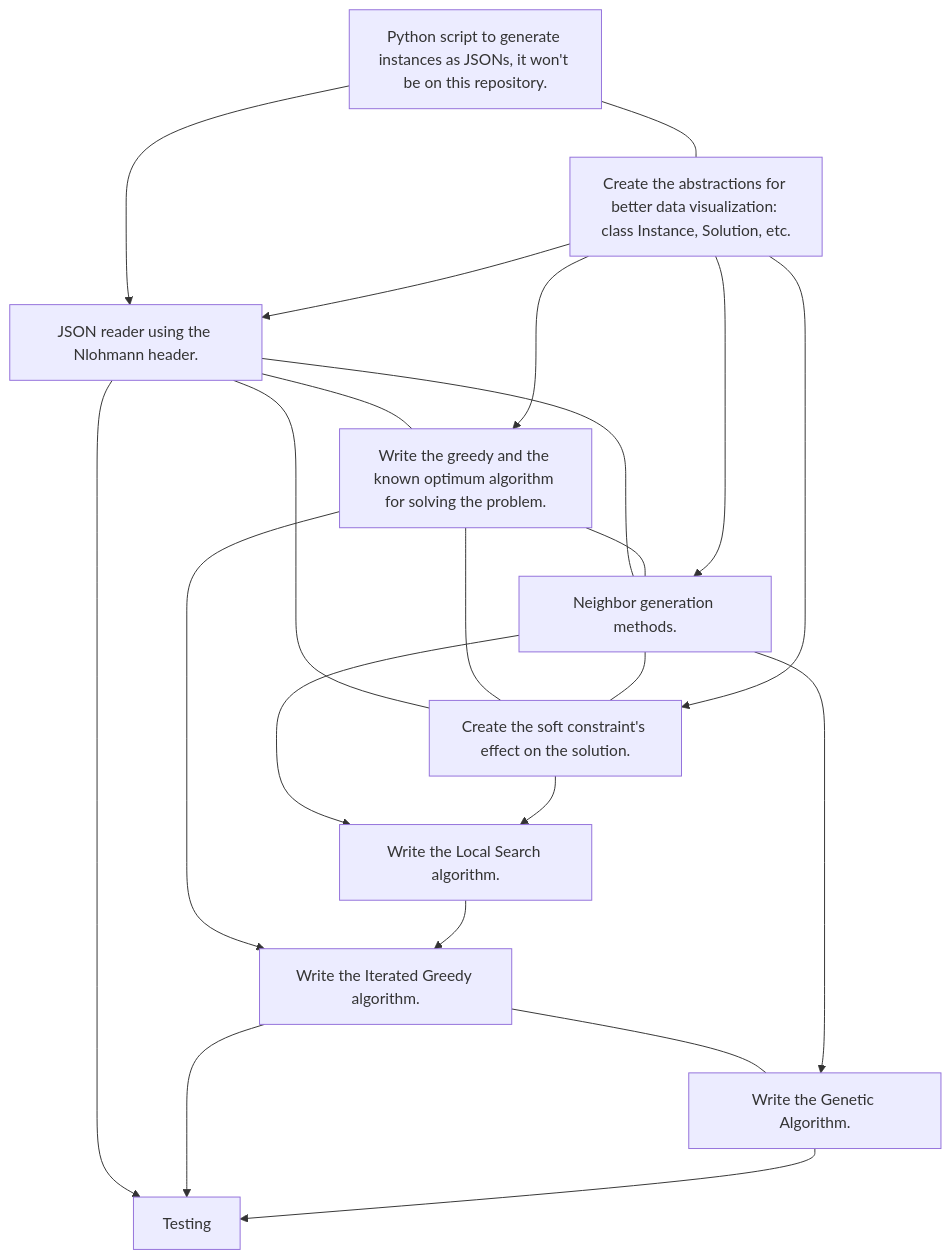
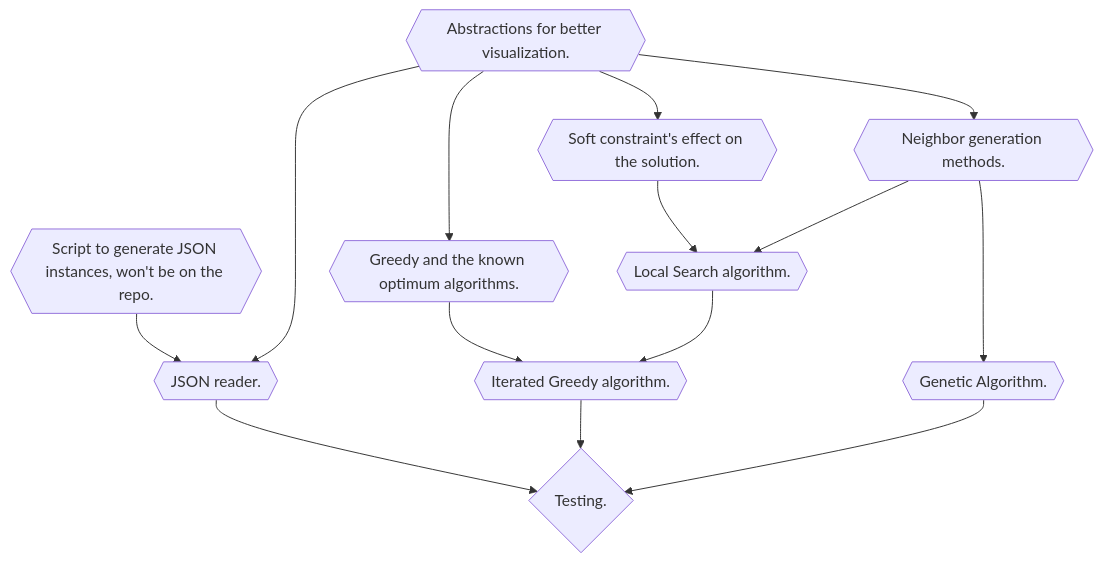
Before and after one commit to cicerocipriano/seminario3_inf284: the diagram in README.md, drawn with Mermaid.

````diff
--- a/README.md
+++ b/README.md
@@ -4,34 +4,26 @@
 ```mermaid
   flowchart TB
-    phase1[Python script to generate instances as JSONs, it won't be on this repository.]
-    phase2[Create the abstractions for better data visualization: class Instance, Solution, etc.]
-    phase3[JSON reader using the Nlohmann header.]
-    phase4[Write the greedy and the known optimum algorithm for solving the problem.]
-    phase5[Neighbor generation methods.]
-    phase6[Create the soft constraint's effect on the solution.]
-    phase7[Write the Local Search algorithm.]
-    phase8[Write the Iterated Greedy algorithm.]
-    phase9[Write the Genetic Algorithm.]
-    phase10[Testing]
-    phase1 --- phase2
-    phase3 --- phase4
-    phase3 --- phase5
-    phase3 --- phase6
-    phase4 --- phase5
-    phase4 --- phase6
-    phase5 --- phase6
-    phase8 --- phase9
+    phase1{{Script to generate JSON instances, won't be on the repo.}}
+    phase2{{Abstractions for better visualization.}}
+    phase3{{JSON reader.}}
+    phase4{{Greedy and the known optimum algorithms.}}
+    phase5{{Neighbor generation methods.}}
+    phase6{{Soft constraint's effect on the solution.}}
+    phase7{{Local Search algorithm.}}
+    phase8{{Iterated Greedy algorithm.}}
+    phase9{{Genetic Algorithm.}}
+    phase10{Testing.}
     phase1 --> phase3
     phase2 --> phase3
     phase2 --> phase4
+    phase2 --> phase6
     phase2 --> phase5
-    phase2 --> phase6
     phase5 --> phase7
     phase6 --> phase7
     phase4 --> phase8
     phase7 --> phase8
     phase5 --> phase9
     phase3 --> phase10
     phase8 --> phase10
     phase9 --> phase10
 ```
````
